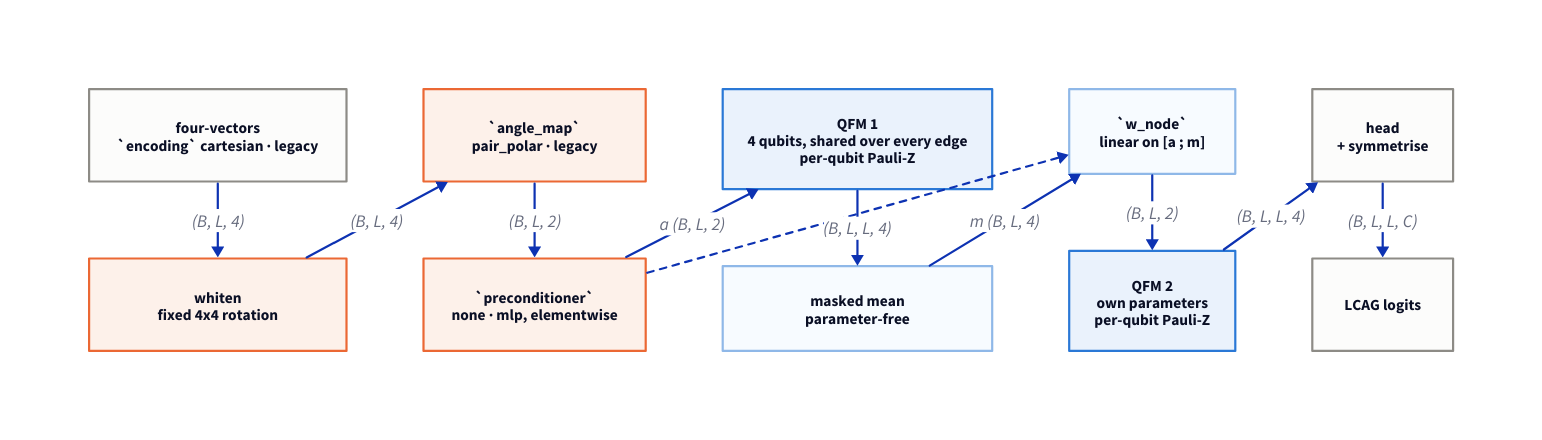
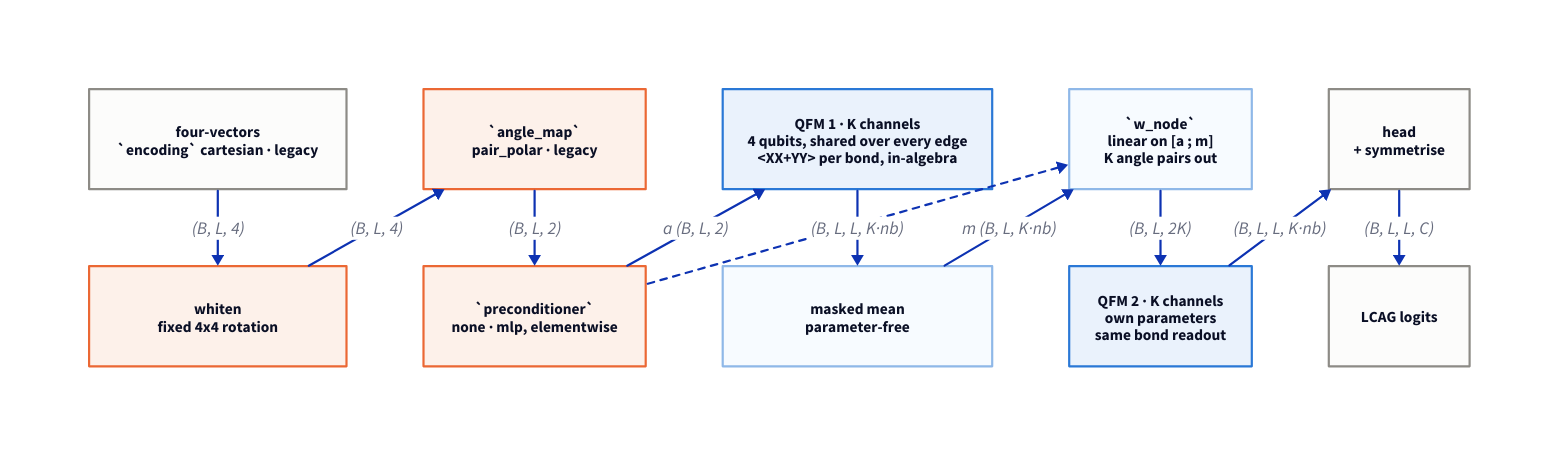
The diagram in docs/architecture.d2 (cirKITers/partiqledtr), drawn with D2 before and after one commit. The commit also changed 6 other files, not shown here.

Commit message:
widened architecture

```diff
--- a/docs/architecture.d2
+++ b/docs/architecture.d2
@@ -1,43 +1,46 @@
 # The quantum model, end to end. Orange is a switch: a `train` flow input picks
 # one of its values. Edge labels are array shapes -- B events, L padded particles,
-# C LCAG classes. The classical `gnn` and `mlp` arms are deliberately not drawn.
+# C LCAG classes, nb the ansatz's coupling-bond count (3/4/6/4 for
+# XY_Brickwork/XY_Ring/XY_AllPairs/Circuit_19, D107), K = `n_channels` parallel
+# QFMs per block (default 1, D108). The classical `gnn` and `mlp` arms are
+# deliberately not drawn.
 #
 #   d2 docs/architecture.d2 docs/architecture.svg
 
 vars: { d2-config: { layout-engine: elk; pad: 20 } }
 
 classes: {
   switch: { style: { stroke: "#eb6834"; stroke-width: 2; fill: "#fdf1ea"; font-size: 14 } }
   quantum: { style: { stroke: "#2a78d6"; stroke-width: 2; fill: "#eaf2fc"; font-size: 14 } }
   local: { style: { stroke: "#8fb8e8"; fill: "#f7fbff"; font-size: 14 } }
   plain: { style: { stroke: "#8d8b86"; fill: "#fcfcfb"; font-size: 14 } }
 }
 
 model: "" {
   grid-columns: 5
   grid-gap: 70
   style: { stroke: transparent; fill: transparent }
 
   p4: "four-vectors\n`encoding` cartesian · legacy" { class: plain }
   wh: "whiten\nfixed 4x4 rotation" { class: switch }
   am: "`angle_map`\npair_polar · legacy" { class: switch }
   pre: "`preconditioner`\nnone · mlp, elementwise" { class: switch }
-  e1: "QFM 1\n4 qubits, shared over every edge\nper-qubit Pauli-Z" { class: quantum }
+  e1: "QFM 1 · K channels\n4 qubits, shared over every edge\n<XX+YY> per bond, in-algebra" { class: quantum }
 
   agg: "masked mean\nparameter-free" { class: local }
-  wn: "`w_node`\nlinear on [a ; m]" { class: local }
-  e2: "QFM 2\nown parameters\nper-qubit Pauli-Z" { class: quantum }
+  wn: "`w_node`\nlinear on [a ; m]\nK angle pairs out" { class: local }
+  e2: "QFM 2 · K channels\nown parameters\nsame bond readout" { class: quantum }
   head: "head\n+ symmetrise" { class: plain }
   out: "LCAG logits" { class: plain }
 }
 
 model.p4 -> model.wh: (B, L, 4)
 model.wh -> model.am: (B, L, 4)
 model.am -> model.pre: (B, L, 2)
 model.pre -> model.e1: "a  (B, L, 2)"
-model.e1 -> model.agg: (B, L, L, 4)
-model.agg -> model.wn: "m  (B, L, 4)"
-model.wn -> model.e2: (B, L, 2)
-model.e2 -> model.head: (B, L, L, 4)
+model.e1 -> model.agg: (B, L, L, K·nb)
+model.agg -> model.wn: "m  (B, L, K·nb)"
+model.wn -> model.e2: (B, L, 2K)
+model.e2 -> model.head: (B, L, L, K·nb)
 model.head -> model.out: (B, L, L, C)
 model.pre -> model.wn: { style.stroke-dash: 3 }
```
